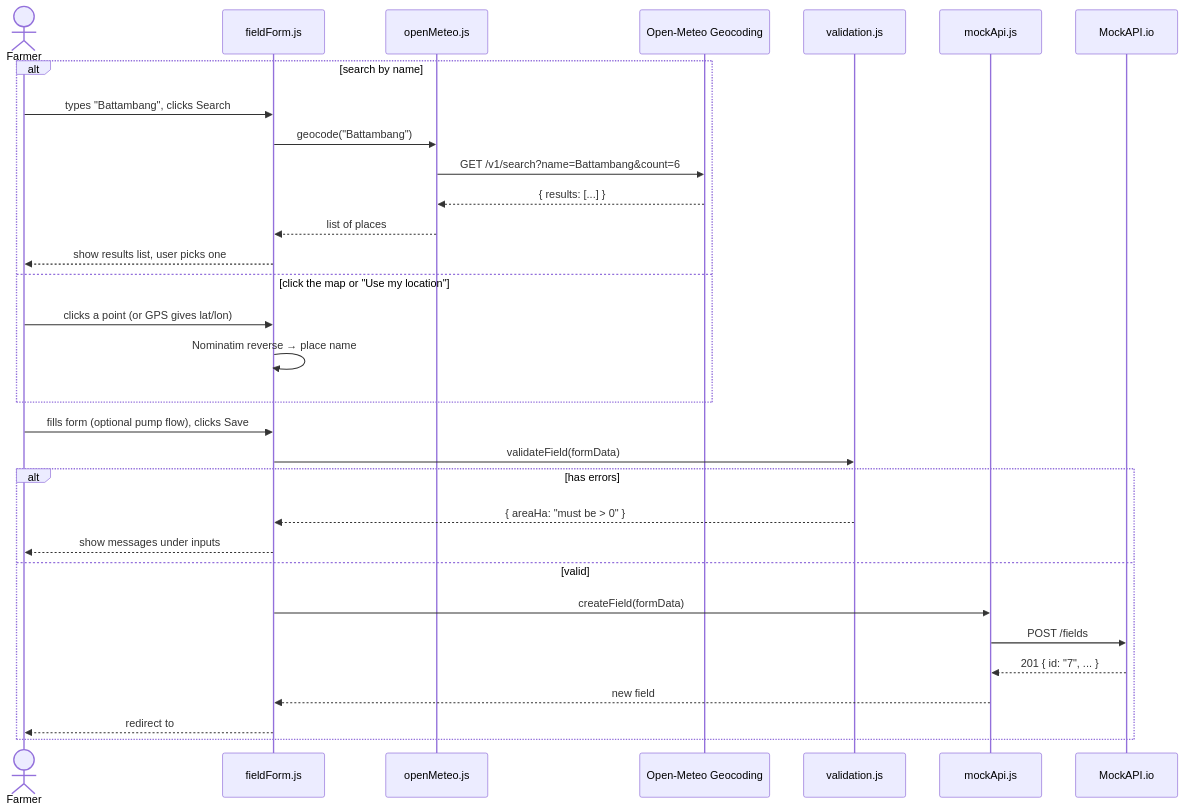
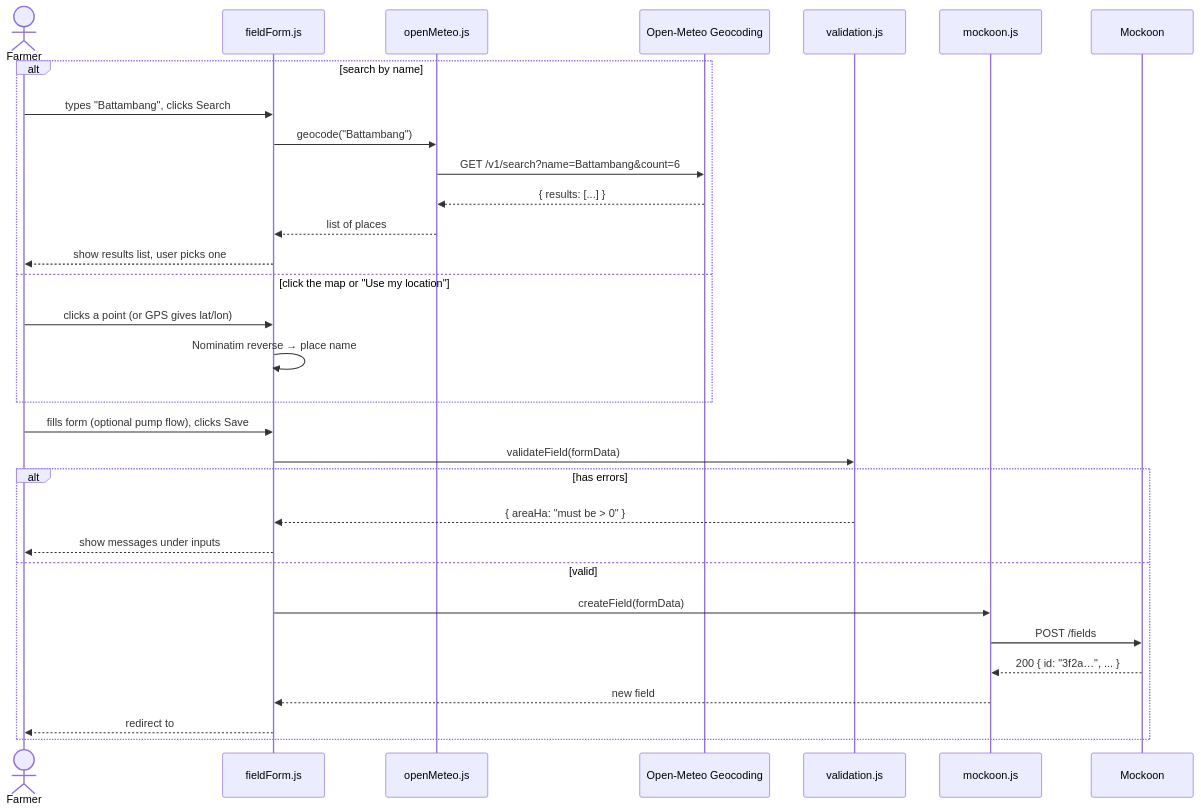
One commit to ViiUnknown/aquaplan changed the eighth of 13 diagrams in ARCHITECTURE.md. Above: the diagram before and after it, drawn with Mermaid. The commit also changed other lines of this file and 35 other files, not shown here.

````diff
--- a/ARCHITECTURE.md
+++ b/ARCHITECTURE.md
@@ -308,34 +316,34 @@
 ```mermaid
 sequenceDiagram
     actor U as Farmer
     participant V as fieldForm.js
     participant OM as openMeteo.js
     participant G as Open-Meteo Geocoding
     participant VAL as validation.js
-    participant MA as mockApi.js
-    participant M as MockAPI.io
+    participant MA as mockoon.js
+    participant M as Mockoon
 
     alt search by name
         U->>V: types "Battambang", clicks Search
         V->>OM: geocode("Battambang")
         OM->>G: GET /v1/search?name=Battambang&count=6
         G-->>OM: { results: [...] }
         OM-->>V: list of places
         V-->>U: show results list, user picks one
     else click the map or "Use my location"
         U->>V: clicks a point (or GPS gives lat/lon)
         V->>V: Nominatim reverse → place name
     end
     U->>V: fills form (optional pump flow), clicks Save
     V->>VAL: validateField(formData)
     alt has errors
         VAL-->>V: { areaHa: "must be > 0" }
         V-->>U: show messages under inputs
     else valid
         V->>MA: createField(formData)
         MA->>M: POST /fields
-        M-->>MA: 201 { id: "7", ... }
+        M-->>MA: 200 { id: "3f2a…", ... }
         MA-->>V: new field
-        V-->>U: redirect to #/fields/7
+        V-->>U: redirect to #/fields/3f2a…
     end
 ```
````
